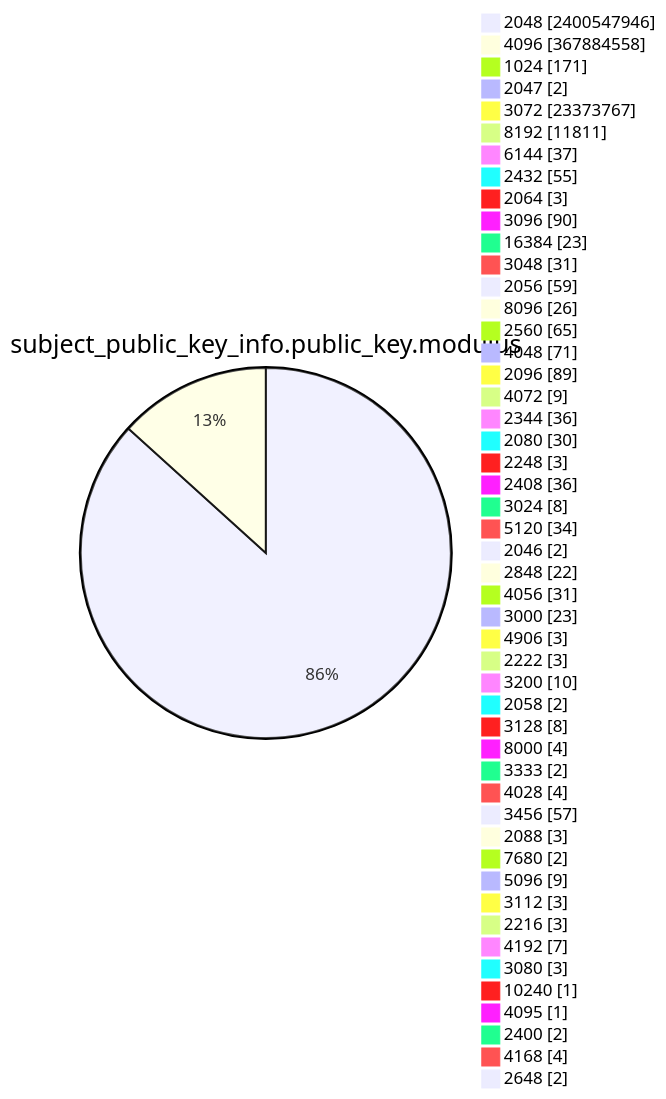
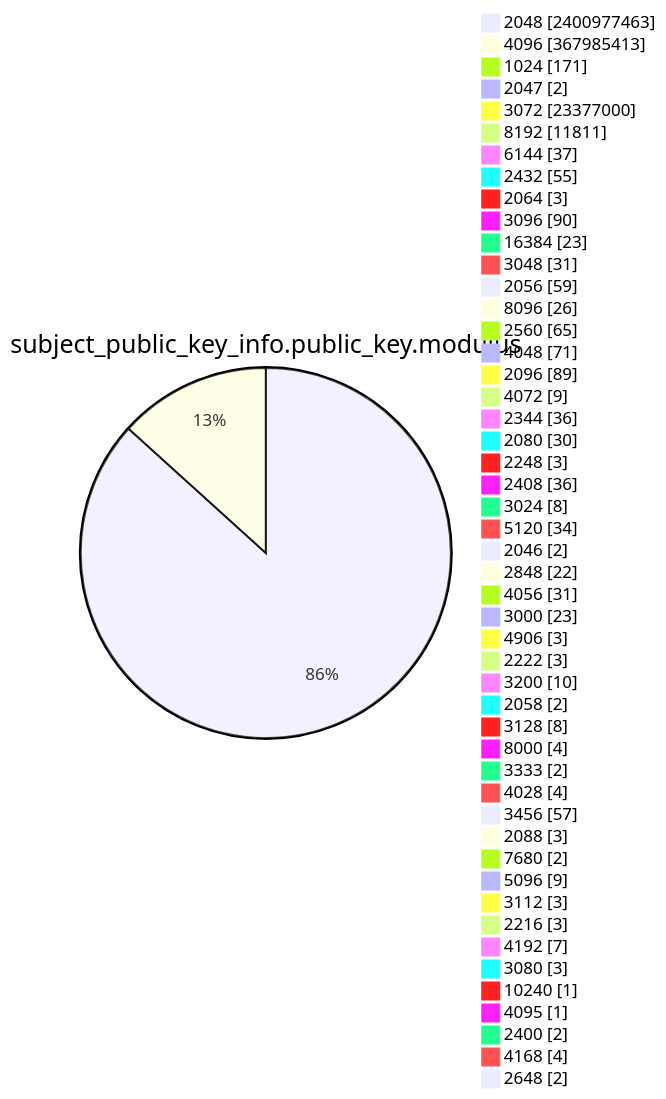
One commit to christiankrug/ctmonitor_visualization changed diagram 13 of 15 in TOTAL/README.md. Above: the diagram before and after it, drawn with Mermaid. The commit also changed other lines of this file, not shown here.

````diff
--- a/TOTAL/README.md
+++ b/TOTAL/README.md
@@ -4167,53 +4167,53 @@
 ```mermaid
 pie showData
 title subject_public_key_info.public_key.modulus
-"2048" :2400547946
-"4096" :367884558
+"2048" :2400977463
+"4096" :367985413
 "1024" :171
 "2047" :2
-"3072" :23373767
+"3072" :23377000
 "8192" :11811
 "6144" :37
 "2432" :55
 "2064" :3
 "3096" :90
 "16384" :23
 "3048" :31
 "2056" :59
 "8096" :26
 "2560" :65
 "4048" :71
 "2096" :89
 "4072" :9
 "2344" :36
 "2080" :30
 "2248" :3
 "2408" :36
 "3024" :8
 "5120" :34
 "2046" :2
 "2848" :22
 "4056" :31
 "3000" :23
 "4906" :3
 "2222" :3
 "3200" :10
 "2058" :2
 "3128" :8
 "8000" :4
 "3333" :2
 "4028" :4
 "3456" :57
 "2088" :3
 "7680" :2
 "5096" :9
 "3112" :3
 "2216" :3
 "4192" :7
 "3080" :3
 "10240" :1
 "4095" :1
 "2400" :2
 "4168" :4
 "2648" :2
 ```
````
